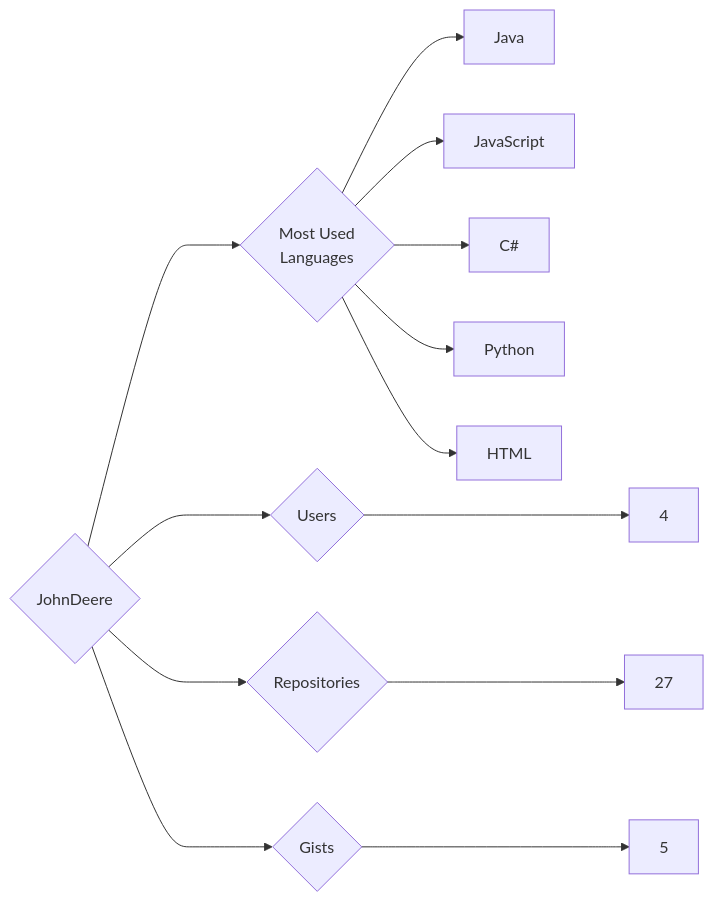
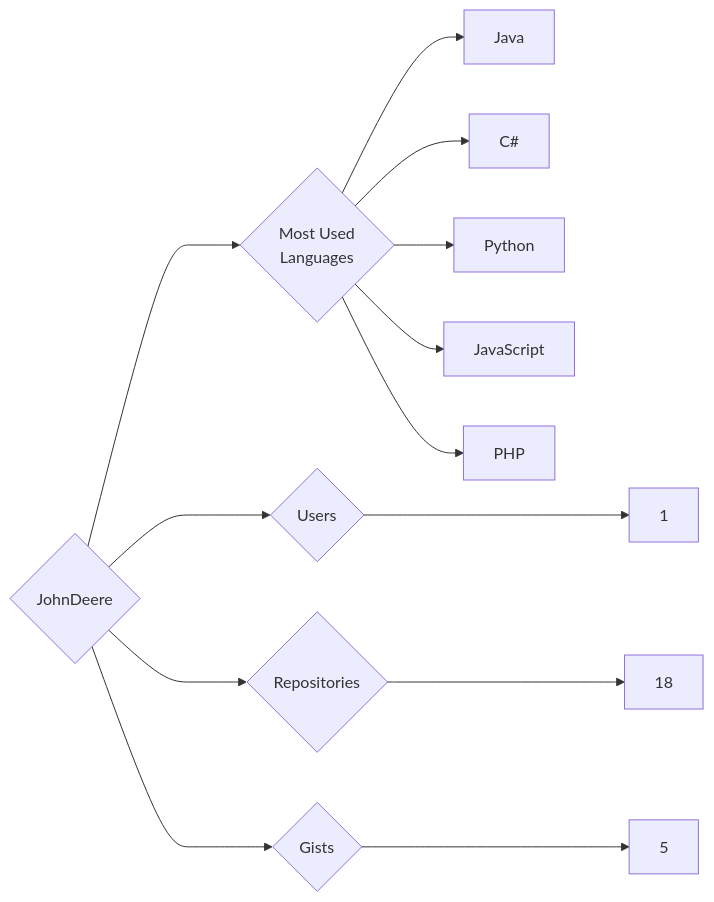
Before and after one commit to trickest/insiders: the diagram in targets/JohnDeere/README.md, drawn with Mermaid. The commit also changed 934 other files, not shown here.

````diff
--- a/targets/JohnDeere/README.md
+++ b/targets/JohnDeere/README.md
@@ -3,13 +3,13 @@
 ```mermaid
 graph LR
 COMPANY_NAME{JohnDeere}
-COMPANY_NAME ---> U{Users} ---> UN[4]
-COMPANY_NAME ---> R{Repositories} ---> RN[27]
+COMPANY_NAME ---> U{Users} ---> UN[1]
+COMPANY_NAME ---> R{Repositories} ---> RN[18]
 COMPANY_NAME ---> G{Gists} ---> GN[5]
 COMPANY_NAME ---> ML{Most Used<br>Languages}
 ML --> Java[Java]
-ML --> JavaScript[JavaScript]
 ML --> C#[C#]
 ML --> Python[Python]
-ML --> HTML[HTML]
+ML --> JavaScript[JavaScript]
+ML --> PHP[PHP]
 ```
````
